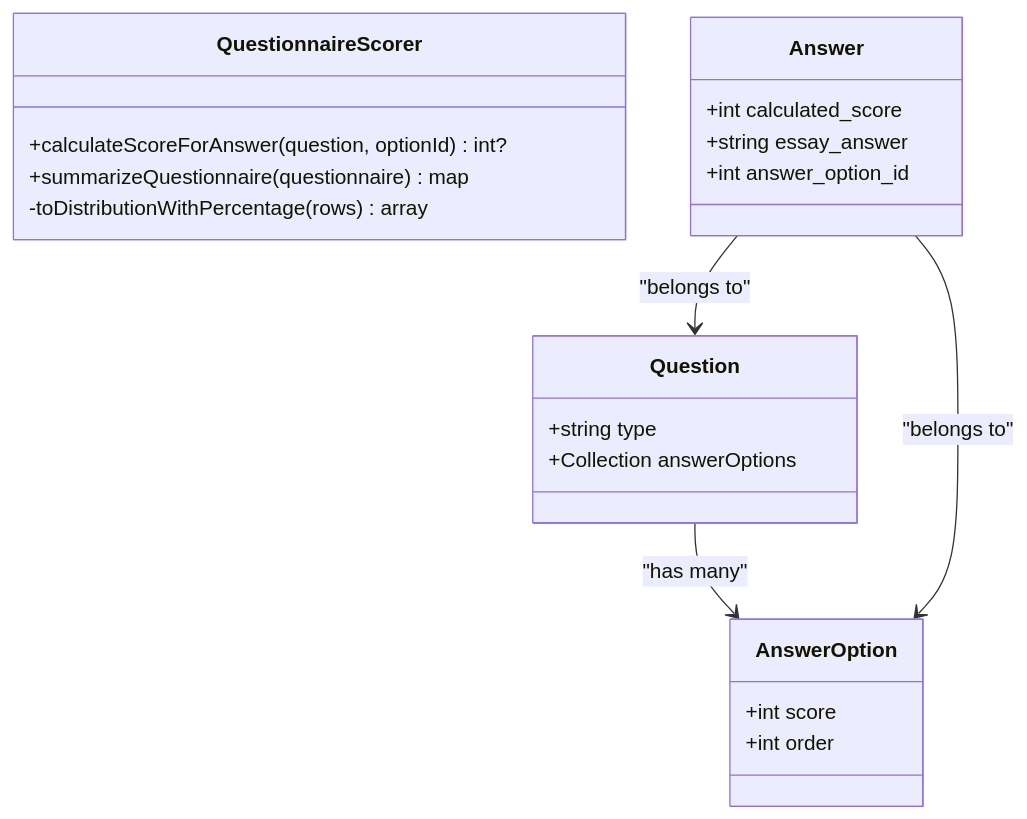
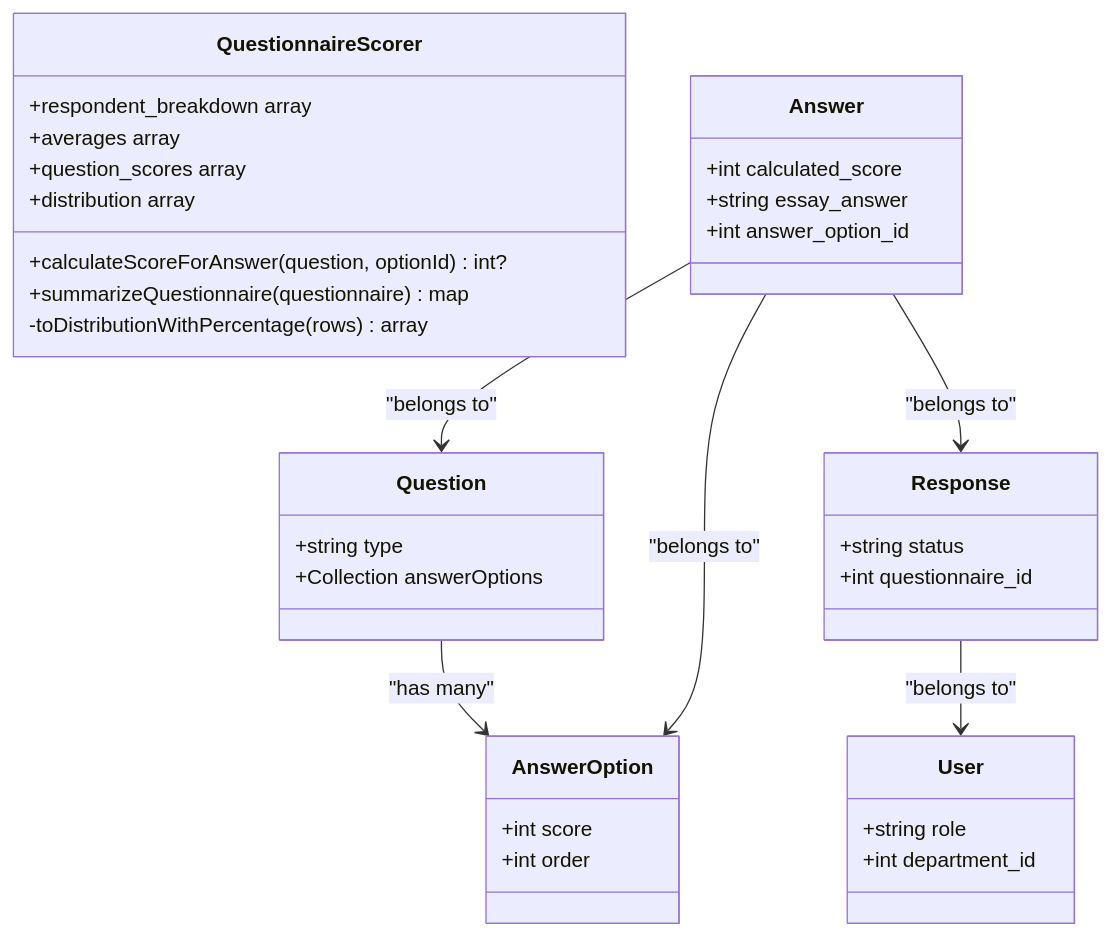
Before and after one commit to rudicatsmile/assesment360: the third of 7 diagrams in .qoder/repowiki/en/content/Core Features/Evaluation Workflows/Scoring Algorithm.md, drawn with Mermaid. The commit also changed other lines of this file and 6 other files, not shown here.

````diff
--- a/.qoder/repowiki/en/content/Core Features/Evaluation Workflows/Scoring Algorithm.md
+++ b/.qoder/repowiki/en/content/Core Features/Evaluation Workflows/Scoring Algorithm.md
@@ -156,24 +223,38 @@
 ```mermaid
 classDiagram
 class QuestionnaireScorer {
 +calculateScoreForAnswer(question, optionId) int?
 +summarizeQuestionnaire(questionnaire) map
 -toDistributionWithPercentage(rows) array
++respondent_breakdown array
++averages array
++question_scores array
++distribution array
 }
 class Answer {
 +int calculated_score
 +string essay_answer
 +int answer_option_id
 }
 class AnswerOption {
 +int score
 +int order
 }
 class Question {
 +string type
 +Collection answerOptions
 }
+class Response {
++string status
++int questionnaire_id
+}
+class User {
++string role
++int department_id
+}
 Question --> AnswerOption : "has many"
 Answer --> Question : "belongs to"
 Answer --> AnswerOption : "belongs to"
+Answer --> Response : "belongs to"
+Response --> User : "belongs to"
 ```
````
